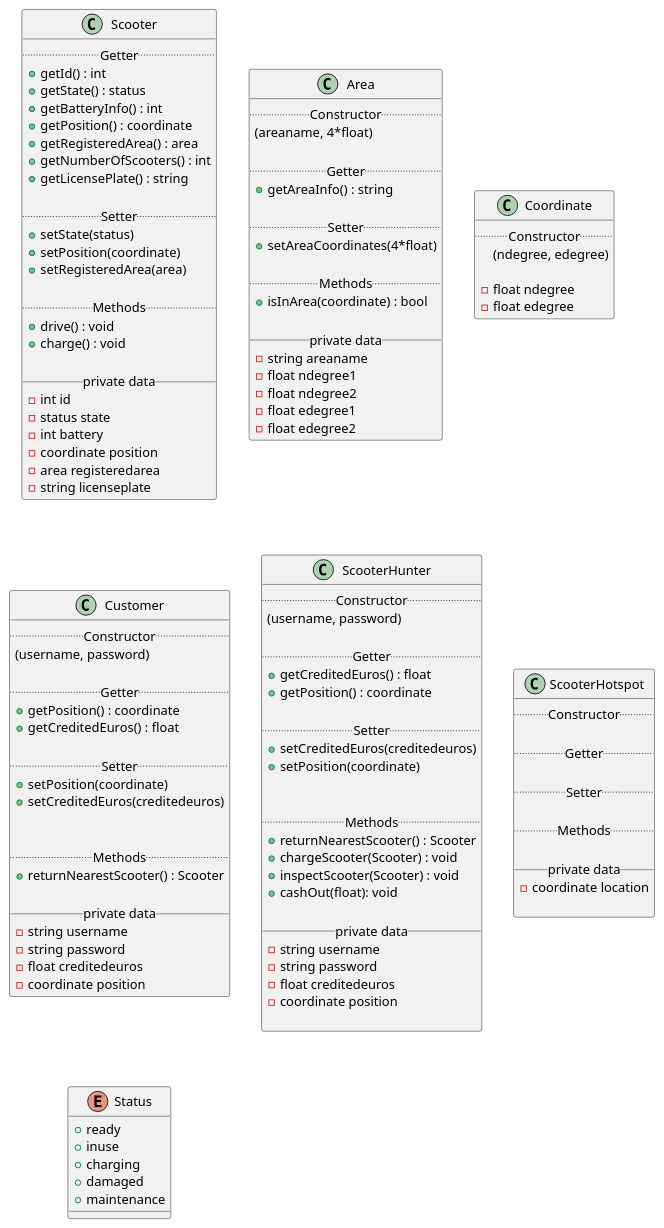
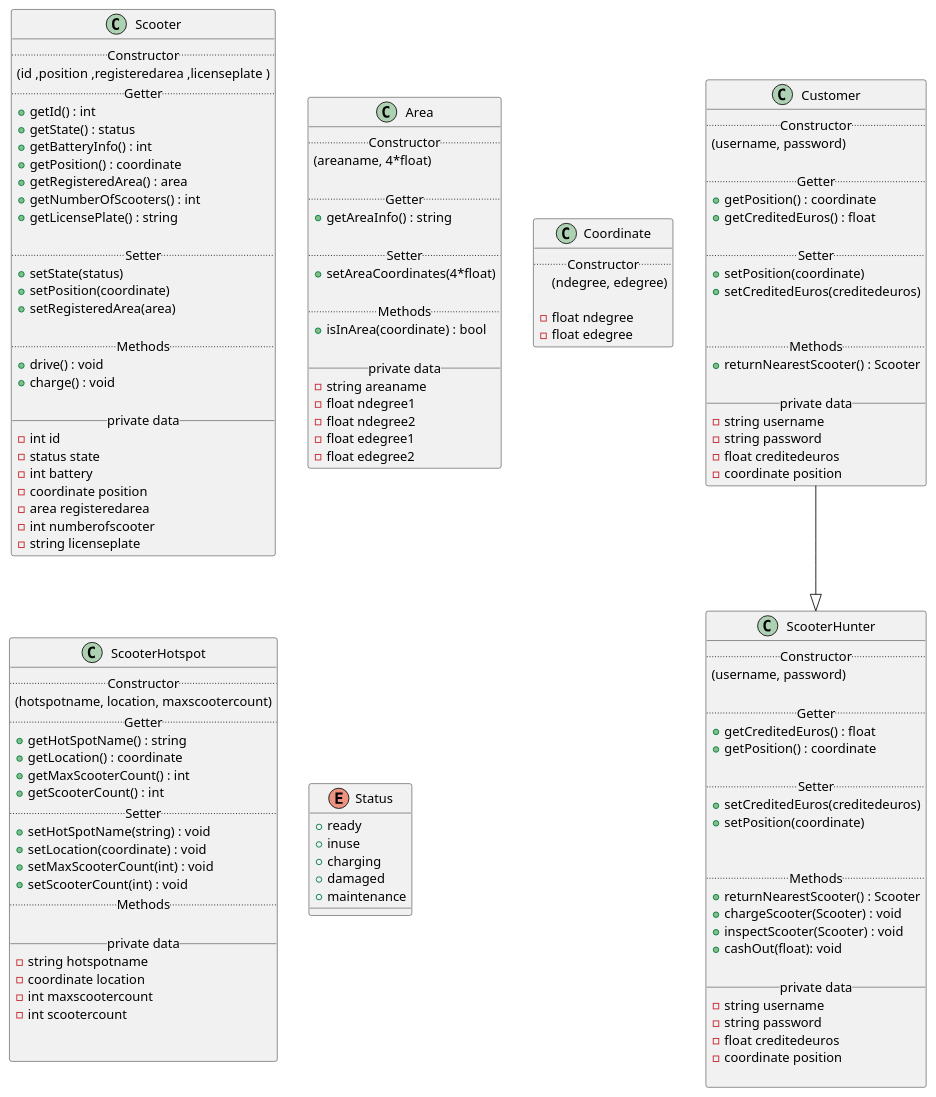
Before and after one commit to fh-erfurt/Scooter-MS: the diagram in umldiagram.iuml, drawn with PlantUML.

Commit message:
Updated UML

```diff
--- a/umldiagram.iuml
+++ b/umldiagram.iuml
@@ -1,149 +1,161 @@
 @startuml
 
 
 
 
 
 skinparam componentStyle uml2
 
 
 
 class Scooter {
+    .. Constructor ..
+      (id ,position ,registeredarea ,licenseplate )
     .. Getter ..
   + getId() : int
   + getState() : status
   + getBatteryInfo() : int
   + getPosition() : coordinate
   + getRegisteredArea() : area
   + getNumberOfScooters() : int
   + getLicensePlate() : string
 
   .. Setter ..
   + setState(status)
   + setPosition(coordinate)
   + setRegisteredArea(area)
 
   .. Methods ..
   + drive() : void
   + charge() : void
 
   __ private data __
   -int id
   -status state
   -int battery
   -coordinate position
   -area registeredarea
+  -int numberofscooter
   -string licenseplate
 }
 
 class Area {
   .. Constructor ..
   (areaname, 4*float)
 
   .. Getter ..
   + getAreaInfo() : string
 
   .. Setter ..
   + setAreaCoordinates(4*float)
 
   .. Methods ..
   + isInArea(coordinate) : bool
 
   __ private data __
   -string areaname
   -float ndegree1
   -float ndegree2
   -float edegree1
   -float edegree2
 }
 
 
 
 class Coordinate {
   .. Constructor ..
   (ndegree, edegree)
 
   -float ndegree
   -float edegree
 }
 
 
 class Customer {
   .. Constructor ..
   (username, password)
 
   .. Getter ..
   + getPosition() : coordinate
   + getCreditedEuros() : float
 
   .. Setter ..
   + setPosition(coordinate)
   + setCreditedEuros(creditedeuros)
 
 
   .. Methods ..
   + returnNearestScooter() : Scooter
 
   __ private data __
   -string username
   -string password
   -float creditedeuros
   -coordinate position
 }
 
 class ScooterHunter {
   .. Constructor ..
     (username, password)
 
   .. Getter ..
   + getCreditedEuros() : float
   + getPosition() : coordinate
 
   .. Setter ..
   + setCreditedEuros(creditedeuros)
   + setPosition(coordinate)
 
 
   .. Methods ..
   + returnNearestScooter() : Scooter
   + chargeScooter(Scooter) : void
   + inspectScooter(Scooter) : void
   + cashOut(float): void
 
   __ private data __
   -string username
   -string password
   -float creditedeuros
   -coordinate position
 
 }
 
 class ScooterHotspot {
   .. Constructor ..
-
+(hotspotname, location, maxscootercount)
   .. Getter ..
-
+   + getHotSpotName() : string
+   + getLocation() : coordinate
+   + getMaxScooterCount() : int
+   + getScooterCount() : int
   .. Setter ..
-
+   + setHotSpotName(string) : void
+   + setLocation(coordinate) : void
+   + setMaxScooterCount(int) : void
+   + setScooterCount(int) : void
   .. Methods ..
 
   __ private data __
+  -string hotspotname
   -coordinate location
+  -int maxscootercount
+  -int scootercount
+
 
 }
 
 enum Status {
   + ready
   + inuse
   + charging
   + damaged
   + maintenance
 }
 
-
-
+Customer --|> ScooterHunter
 
 
 
 
 @enduml
```
